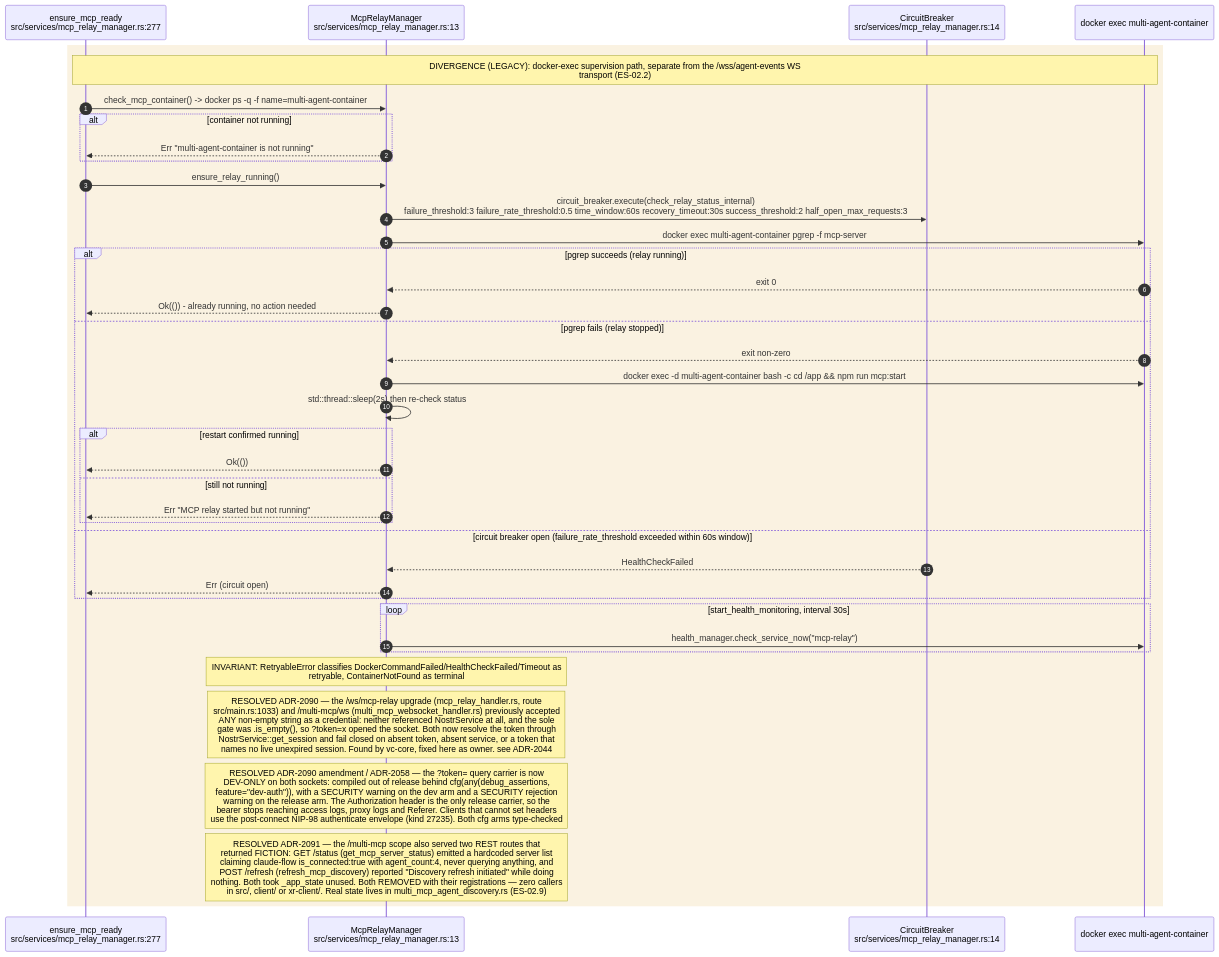
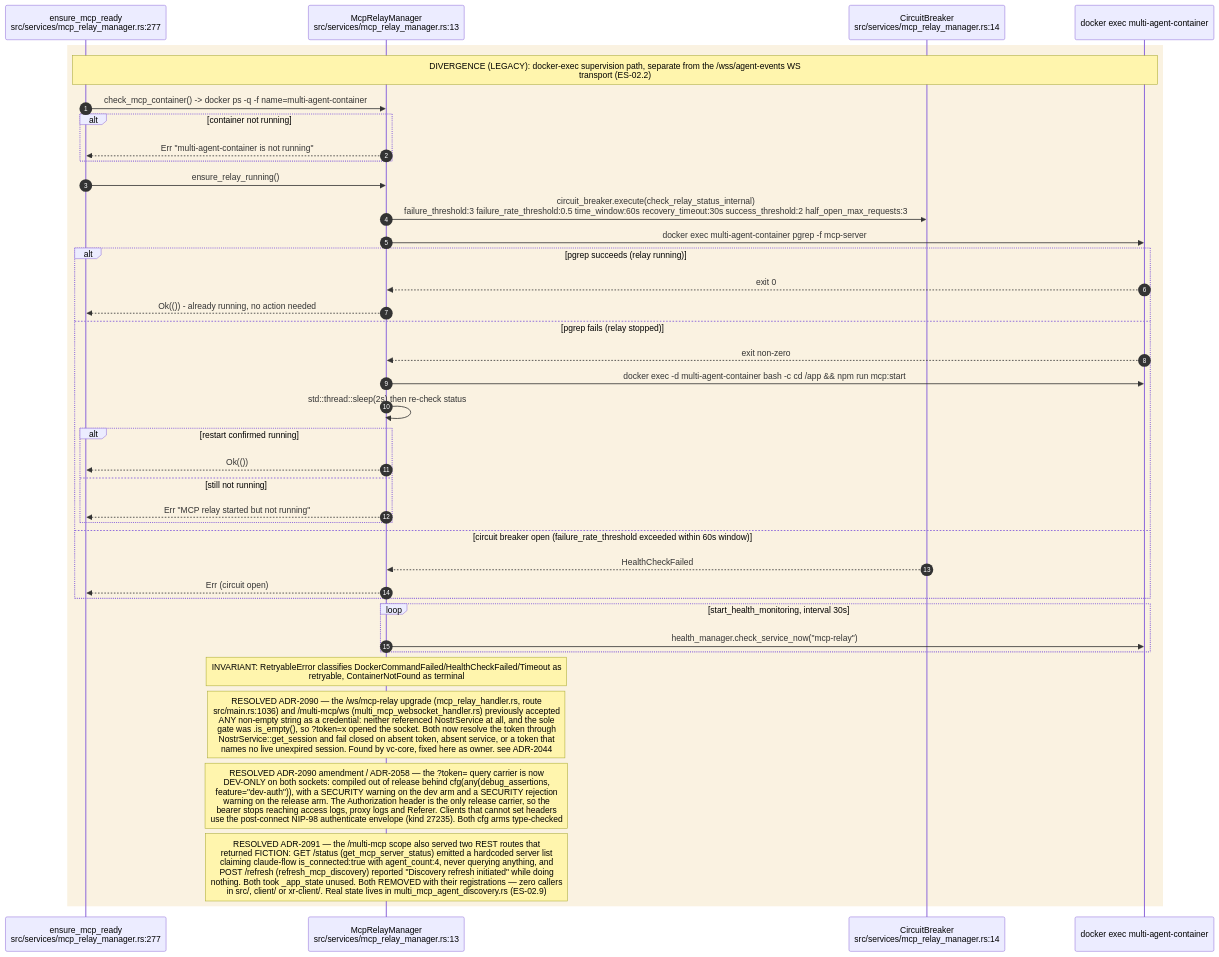
Before and after one commit to DreamLab-AI/AR-AI-Knowledge-Graph: the seventh of 11 diagrams in docs/diagrams/estate/02-agent-events-agentbox-to-visionclaw.md, drawn with Mermaid. The commit also changed other lines of this file and 73 other files, not shown here.

First line of the commit message:
docs(diagrams): re-verify all 71 topic files against HEAD; add --cite-check

````diff
--- a/docs/diagrams/estate/02-agent-events-agentbox-to-visionclaw.md
+++ b/docs/diagrams/estate/02-agent-events-agentbox-to-visionclaw.md
@@ -308,42 +308,42 @@
 ```mermaid
 sequenceDiagram
     autonumber
     participant CALL as ensure_mcp_ready<br/>src/services/mcp_relay_manager.rs:277
     participant MGR as McpRelayManager<br/>src/services/mcp_relay_manager.rs:13
     participant CB as CircuitBreaker<br/>src/services/mcp_relay_manager.rs:14
     participant DOCKER as docker exec multi-agent-container
 
     rect rgb(250,242,225)
     Note over CALL,DOCKER: DIVERGENCE (LEGACY): docker-exec supervision path, separate from the /wss/agent-events WS<br/>transport (ES-02.2)
     CALL->>MGR: check_mcp_container() -> docker ps -q -f name=multi-agent-container
     alt container not running
         MGR-->>CALL: Err "multi-agent-container is not running"
     end
     CALL->>MGR: ensure_relay_running()
     MGR->>CB: circuit_breaker.execute(check_relay_status_internal)<br/>failure_threshold:3 failure_rate_threshold:0.5 time_window:60s recovery_timeout:30s success_threshold:2 half_open_max_requests:3
     MGR->>DOCKER: docker exec multi-agent-container pgrep -f mcp-server
     alt pgrep succeeds (relay running)
         DOCKER-->>MGR: exit 0
         MGR-->>CALL: Ok(()) - already running, no action needed
     else pgrep fails (relay stopped)
         DOCKER-->>MGR: exit non-zero
         MGR->>DOCKER: docker exec -d multi-agent-container bash -c cd /app && npm run mcp:start
         MGR->>MGR: std::thread::sleep(2s) then re-check status
         alt restart confirmed running
             MGR-->>CALL: Ok(())
         else still not running
             MGR-->>CALL: Err "MCP relay started but not running"
         end
     else circuit breaker open (failure_rate_threshold exceeded within 60s window)
         CB-->>MGR: HealthCheckFailed
         MGR-->>CALL: Err (circuit open)
     end
     loop start_health_monitoring, interval 30s
         MGR->>DOCKER: health_manager.check_service_now("mcp-relay")
     end
     Note over MGR: INVARIANT: RetryableError classifies DockerCommandFailed/HealthCheckFailed/Timeout as<br/>retryable, ContainerNotFound as terminal
-    Note over MGR: RESOLVED ADR-2090 — the /ws/mcp-relay upgrade (mcp_relay_handler.rs, route<br/>src/main.rs:1033) and /multi-mcp/ws (multi_mcp_websocket_handler.rs) previously accepted<br/>ANY non-empty string as a credential: neither referenced NostrService at all, and the sole<br/>gate was .is_empty(), so ?token=x opened the socket. Both now resolve the token through<br/>NostrService::get_session and fail closed on absent token, absent service, or a token that<br/>names no live unexpired session. Found by vc-core, fixed here as owner. see ADR-2044
+    Note over MGR: RESOLVED ADR-2090 — the /ws/mcp-relay upgrade (mcp_relay_handler.rs, route<br/>src/main.rs:1036) and /multi-mcp/ws (multi_mcp_websocket_handler.rs) previously accepted<br/>ANY non-empty string as a credential: neither referenced NostrService at all, and the sole<br/>gate was .is_empty(), so ?token=x opened the socket. Both now resolve the token through<br/>NostrService::get_session and fail closed on absent token, absent service, or a token that<br/>names no live unexpired session. Found by vc-core, fixed here as owner. see ADR-2044
     Note over MGR: RESOLVED ADR-2090 amendment / ADR-2058 — the ?token= query carrier is now<br/>DEV-ONLY on both sockets: compiled out of release behind cfg(any(debug_assertions,<br/>feature="dev-auth")), with a SECURITY warning on the dev arm and a SECURITY rejection<br/>warning on the release arm. The Authorization header is the only release carrier, so the<br/>bearer stops reaching access logs, proxy logs and Referer. Clients that cannot set headers<br/>use the post-connect NIP-98 authenticate envelope (kind 27235). Both cfg arms type-checked
     Note over MGR: RESOLVED ADR-2091 — the /multi-mcp scope also served two REST routes that<br/>returned FICTION: GET /status (get_mcp_server_status) emitted a hardcoded server list<br/>claiming claude-flow is_connected:true with agent_count:4, never querying anything, and<br/>POST /refresh (refresh_mcp_discovery) reported "Discovery refresh initiated" while doing<br/>nothing. Both took _app_state unused. Both REMOVED with their registrations — zero callers<br/>in src/, client/ or xr-client/. Real state lives in multi_mcp_agent_discovery.rs (ES-02.9)
     end
 ```
````
